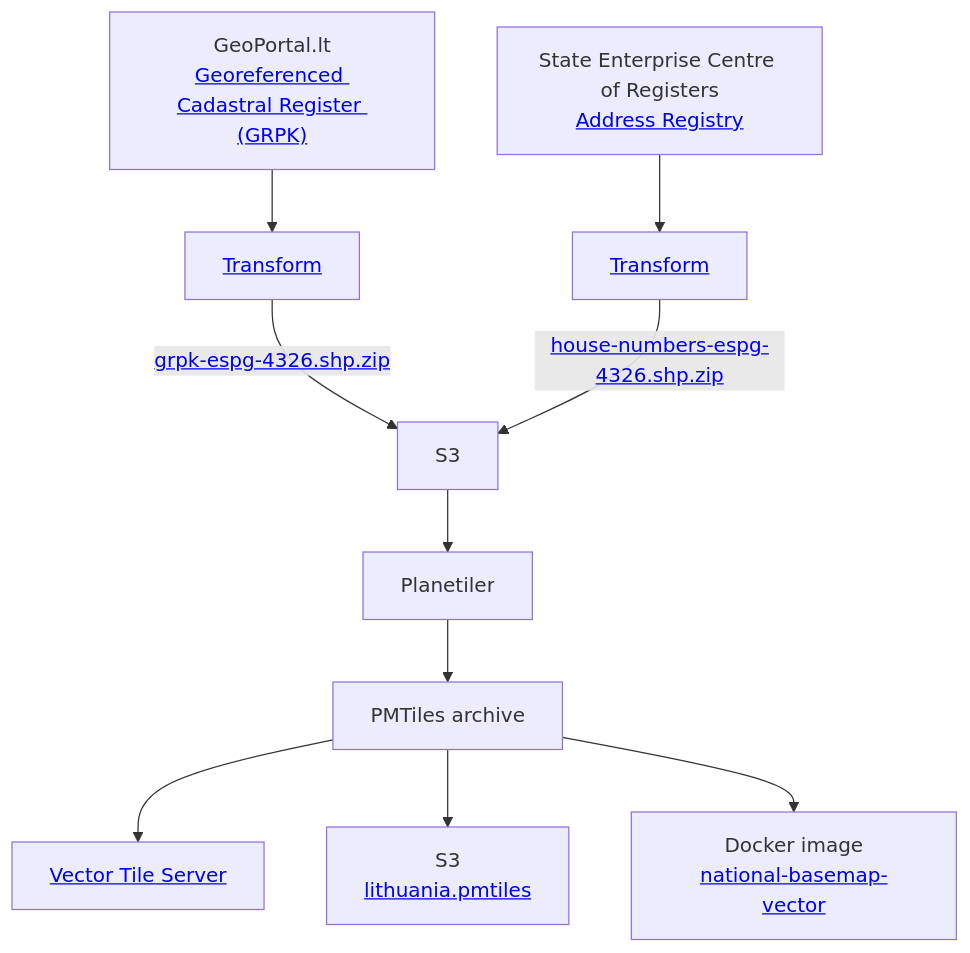
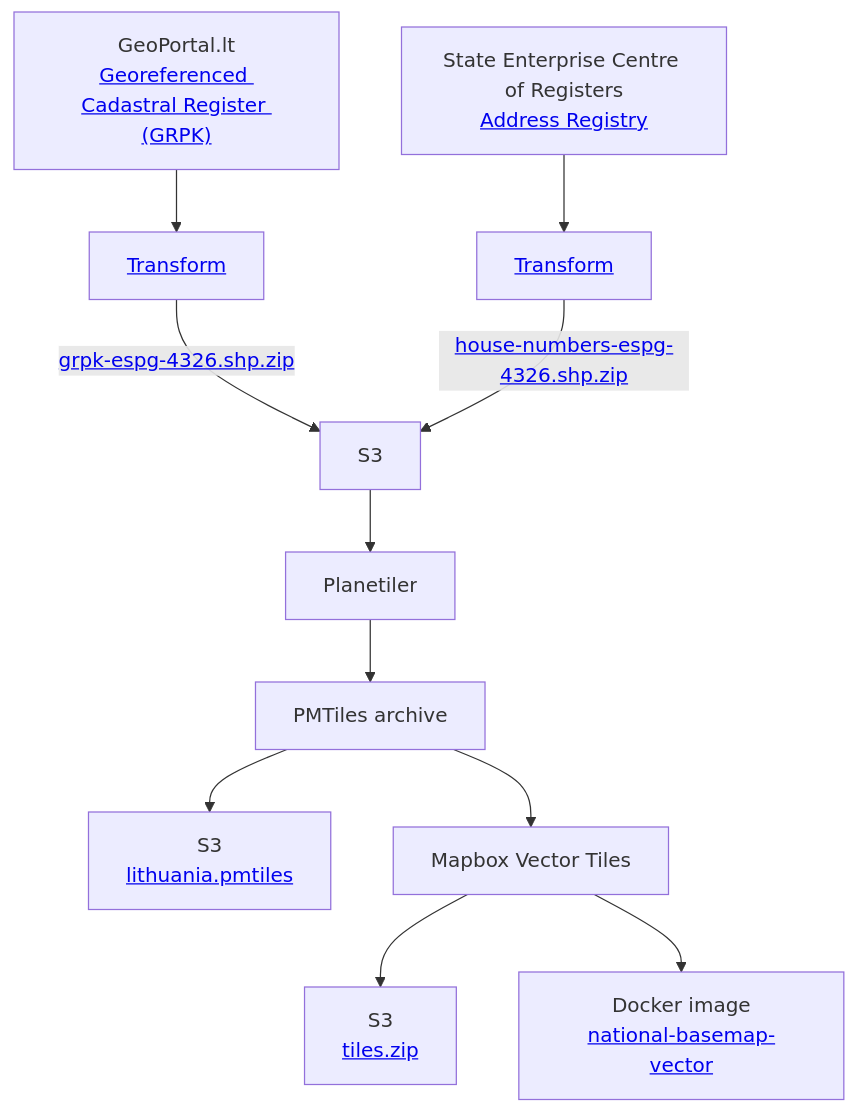
The diagram in README.md (govlt/national-basemap), drawn with Mermaid before and after one commit.

Commit message:
Documentation about tiles

````diff
--- a/README.md
+++ b/README.md
@@ -151,10 +151,12 @@
 ```mermaid
 flowchart TD
     grpk["GeoPortal.lt\n<a href="https://www.geoportal.lt/geoportal/web/georeferencinio-pagrindo-kadastras-grpk">Georeferenced Cadastral Register (GRPK)</a>"]-->transform-grpk["<a href="https://github.com/govlt/national-basemap/blob/main/.github/workflows/basemap-vector-data-source.yml">Transform</a>"]-->|"<a href="https://cdn.startupgov.lt/tiles/vector/sources/grpk/grpk-espg-4326.shp.zip">grpk-espg-4326.shp.zip</a>"|S3
     ar["State Enterprise Centre of Registers\n<a href="https://www.registrucentras.lt/p/1187">Address Registry</a>"]-->transform-ar["<a href="https://github.com/govlt/national-basemap/blob/main/.github/workflows/basemap-vector-data-source.yml">Transform</a>"]-->|"<a href="https://cdn.startupgov.lt/tiles/vector/sources/address-registry/house-numbers-espg-4326.shp.zip">house-numbers-espg-4326.shp.zip</a>"|S3
 S3-->Planetiler-->PMTiles["PMTiles archive"]
 
-PMTiles-->martin["<a href="https://vector.startupgov.lt/catalog">Vector Tile Server</a>"]
 PMTiles-->s3-pmtiles["S3\n<a href="https://cdn.startupgov.lt/tiles/vector/pmtiles/lithuania.pmtiles">lithuania.pmtiles</a>"]
-PMTiles-->docker-image["Docker image\n<a href="https://github.com/govlt/national-basemap/pkgs/container/national-basemap-vector">national-basemap-vector</a>"]
+
+PMTiles-->mvt["Mapbox Vector Tiles"]
+mvt-->tiles["S3\n<a href="https://cdn.startupgov.lt/tiles/vector/pbf/tiles.zip">tiles.zip</a>"]
+mvt-->docker-image["Docker image\n<a href="https://github.com/govlt/national-basemap/pkgs/container/national-basemap-vector">national-basemap-vector</a>"]
 ```
````
